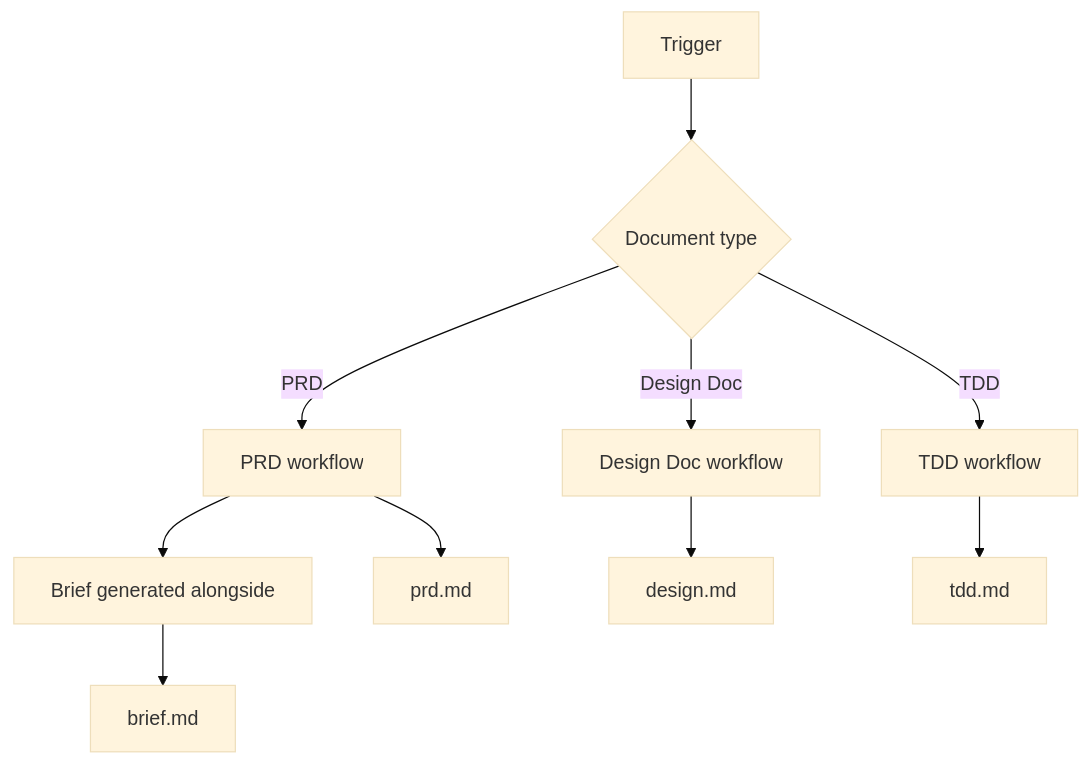
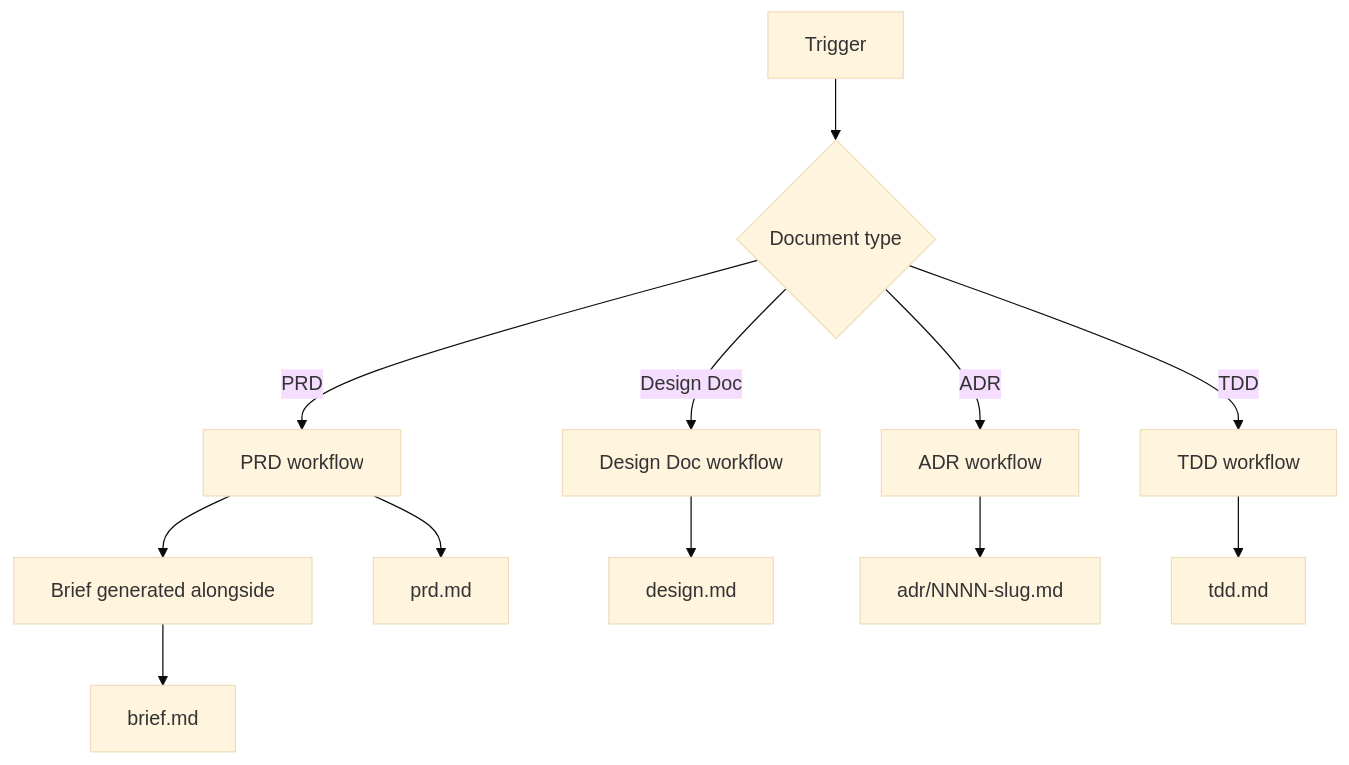
Before and after one commit to adeonir/agent-skills: the diagram in skills/product/docs-writer/README.md, drawn with Mermaid (base theme). The commit also changed other lines of this file and 9 other files, not shown here.

````diff
--- a/skills/product/docs-writer/README.md
+++ b/skills/product/docs-writer/README.md
@@ -10,12 +10,14 @@
 ```mermaid
 flowchart TD
     T[Trigger] --> R{Document type}
     R -->|PRD| PRD[PRD workflow]
     R -->|Design Doc| DD[Design Doc workflow]
+    R -->|ADR| ADR[ADR workflow]
     R -->|TDD| TDD[TDD workflow]
     PRD --> B[Brief generated alongside]
     PRD --> P[prd.md]
     B --> BR[brief.md]
     DD --> D[design.md]
+    ADR --> A[adr/NNNN-slug.md]
     TDD --> T2[tdd.md]
 ```
````
